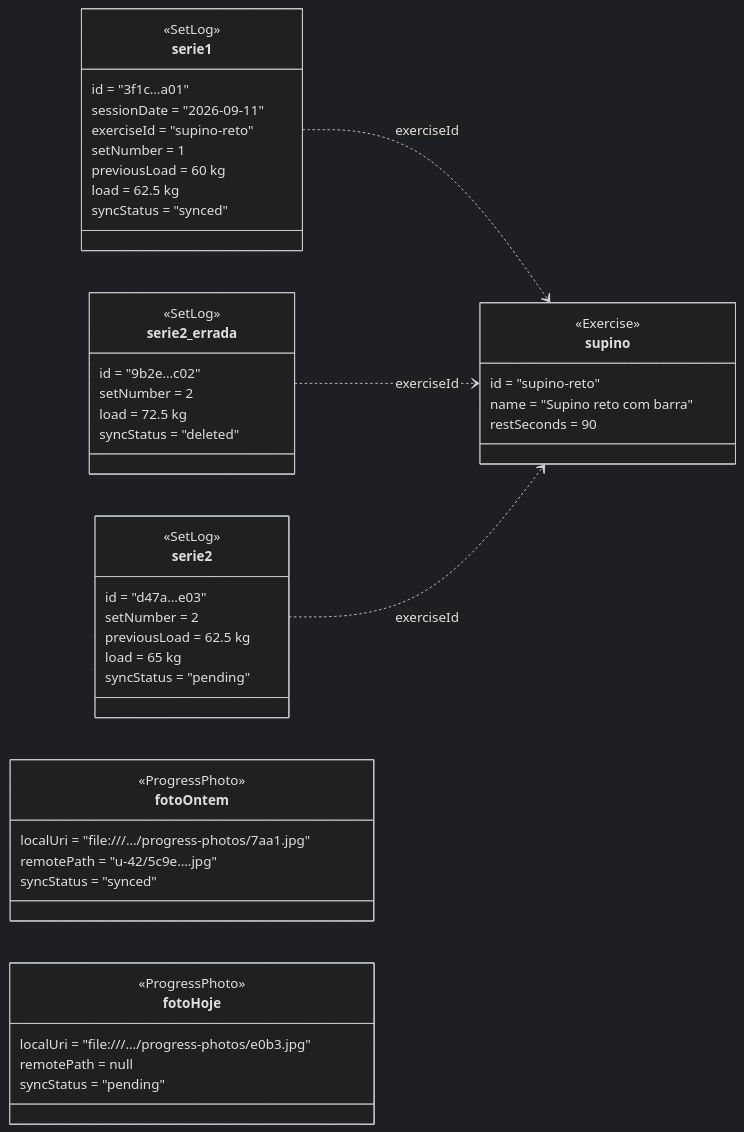
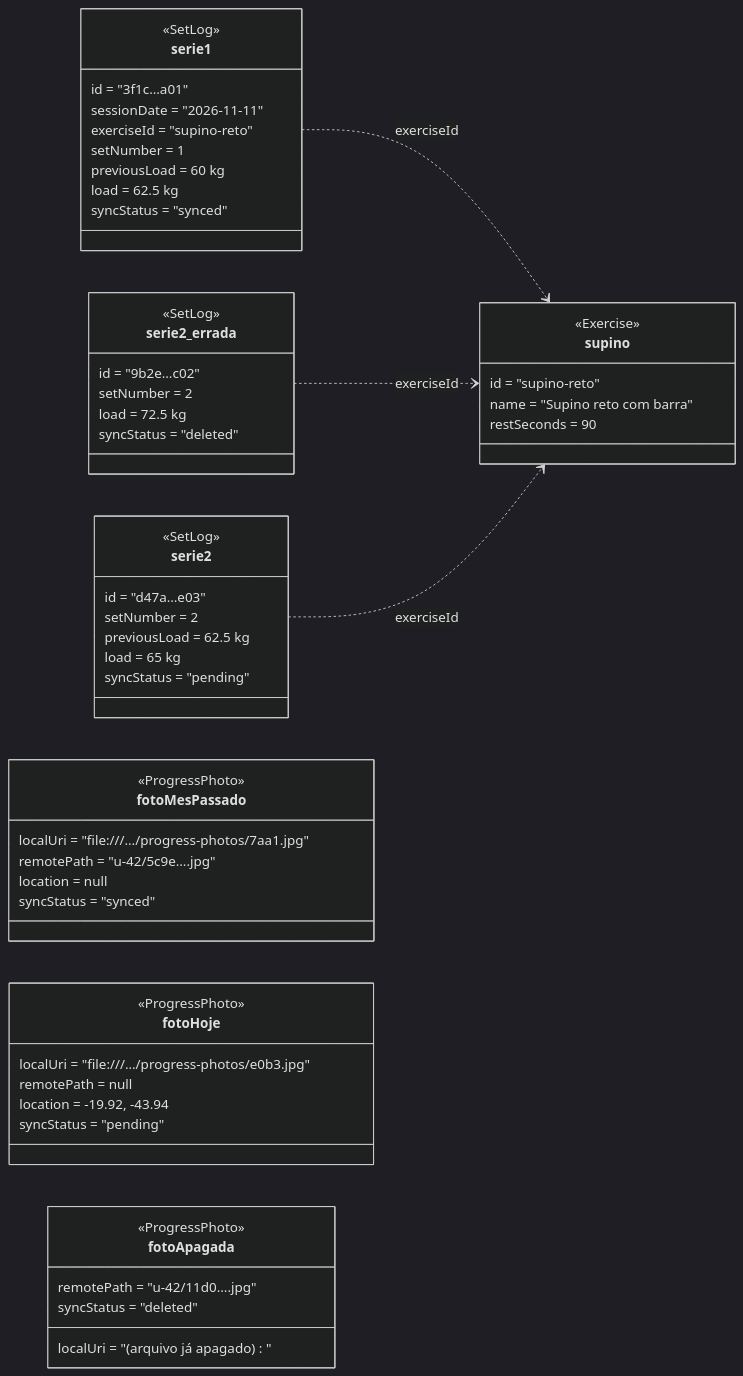
One commit to Pexiss-18/PX-Gym changed the first of 2 diagrams in docs/04-objetos.md. Above: the diagram before and after it, drawn with Mermaid (dark theme). The commit also changed other lines of this file and 20 other files, not shown here.

````diff
--- a/docs/04-objetos.md
+++ b/docs/04-objetos.md
@@ -14,52 +16,60 @@
 ```mermaid
 classDiagram
     direction LR
 
     class serie1 {
         <<SetLog>>
         id = "3f1c…a01"
-        sessionDate = "2026-09-11"
+        sessionDate = "2026-11-11"
         exerciseId = "supino-reto"
         setNumber = 1
         previousLoad = 60 kg
         load = 62.5 kg
         syncStatus = "synced"
     }
     class serie2_errada {
         <<SetLog>>
         id = "9b2e…c02"
         setNumber = 2
         load = 72.5 kg
         syncStatus = "deleted"
     }
     class serie2 {
         <<SetLog>>
         id = "d47a…e03"
         setNumber = 2
         previousLoad = 62.5 kg
         load = 65 kg
         syncStatus = "pending"
     }
     class supino {
         <<Exercise>>
         id = "supino-reto"
         name = "Supino reto com barra"
         restSeconds = 90
     }
-    class fotoOntem {
+    class fotoMesPassado {
         <<ProgressPhoto>>
         localUri = "file:///…/progress-photos/7aa1.jpg"
         remotePath = "u-42/5c9e….jpg"
+        location = null
         syncStatus = "synced"
     }
     class fotoHoje {
         <<ProgressPhoto>>
         localUri = "file:///…/progress-photos/e0b3.jpg"
         remotePath = null
+        location = -19.92, -43.94
         syncStatus = "pending"
+    }
+    class fotoApagada {
+        <<ProgressPhoto>>
+        localUri = "(arquivo já apagado)"
+        remotePath = "u-42/11d0….jpg"
+        syncStatus = "deleted"
     }
 
     serie1 ..> supino : exerciseId
     serie2_errada ..> supino : exerciseId
     serie2 ..> supino : exerciseId
 ```
````
